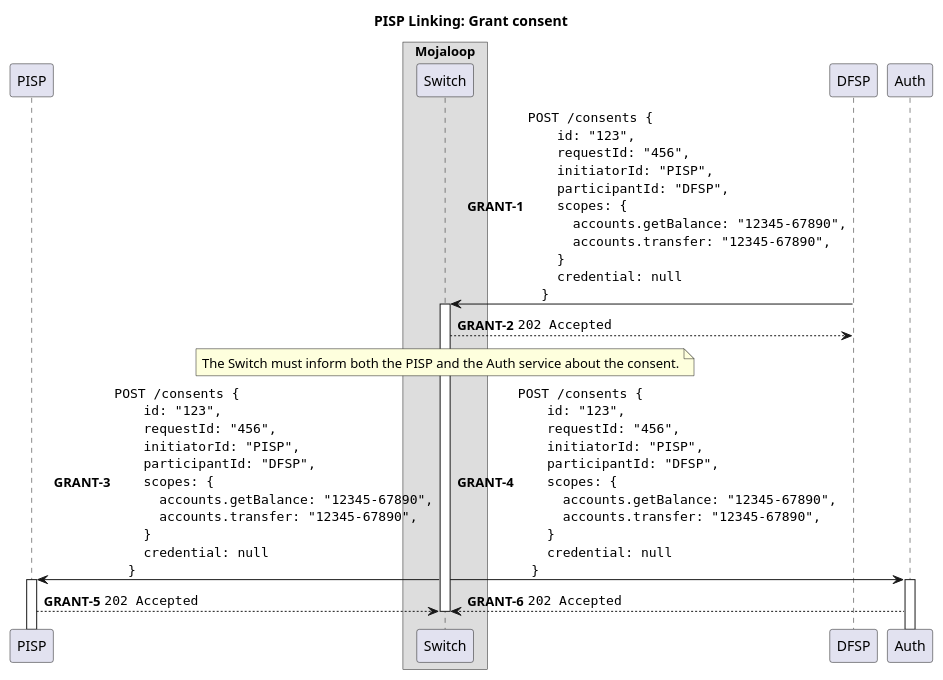
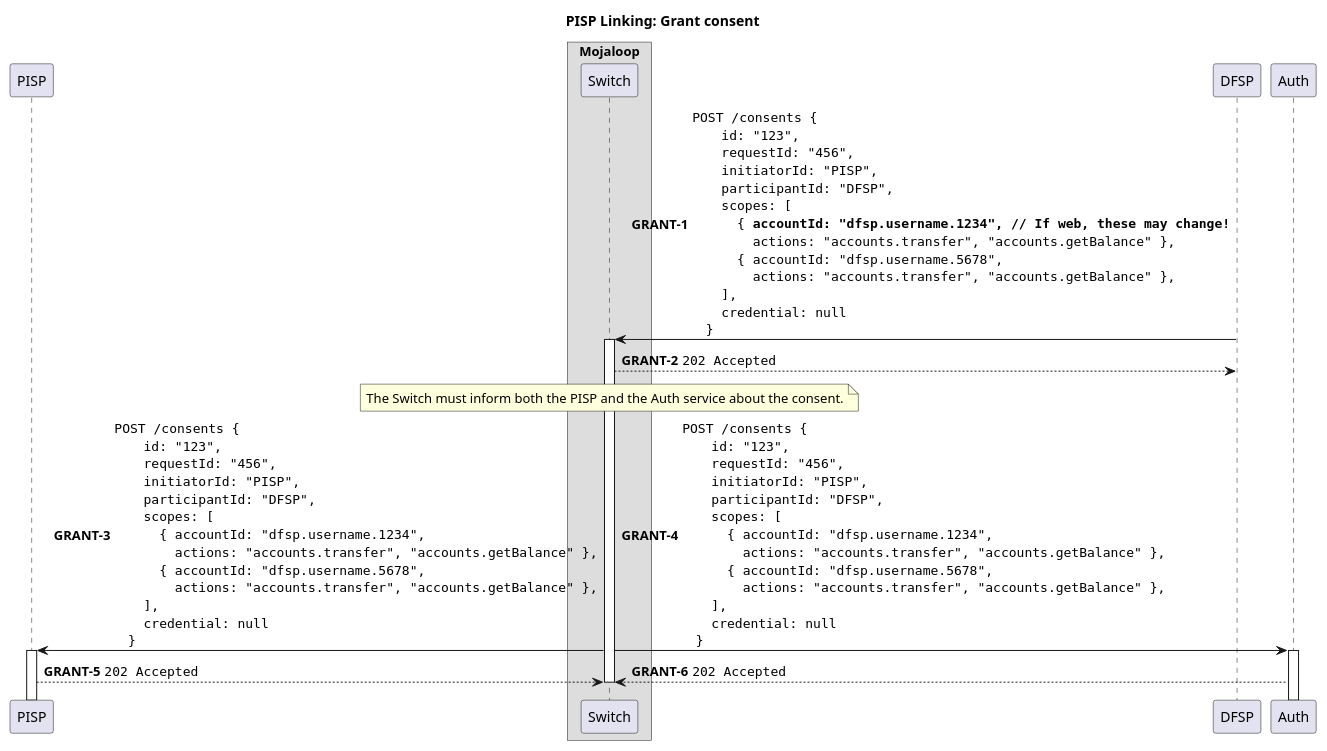
The diagram in docs/linking/4-grant-consent.puml (mojaloop/pisp-project), drawn with PlantUML before and after one commit. The commit also changed 6 other files, not shown here.

Commit message:
Updated sequence diagrams with proper scope structures.

```diff
--- a/docs/linking/4-grant-consent.puml
+++ b/docs/linking/4-grant-consent.puml
@@ -1,63 +1,69 @@
 @startuml
 
 !pragma teoz true
 
 title PISP Linking: Grant consent
 
 participant "PISP" as PISP
 
 box "Mojaloop"
     participant Switch
 end box
 
 participant "DFSP" as DFSP
 
 autonumber 1 "<b>GRANT-#</b>"
 
 DFSP -> Switch ++: ""POST /consents {""\n\
     ""  id: "123",""\n\
     ""  requestId: "456",""\n\
     ""  initiatorId: "PISP",""\n\
     ""  participantId: "DFSP",""\n\
-    ""  scopes: {""\n\
-    ""    accounts.getBalance: "12345-67890",""\n\
-    ""    accounts.transfer: "12345-67890",""\n\
-    ""  }""\n\
+    ""  scopes: [ ""\n\
+    ""    { **accountId: "dfsp.username.1234", // If web, these may change!**""\n\
+    ""      actions: "accounts.transfer", "accounts.getBalance" },""\n\
+    ""    { accountId: "dfsp.username.5678",""\n\
+    ""      actions: "accounts.transfer", "accounts.getBalance" },""\n\
+    ""  ],""\n\
     ""  credential: null""\n\
     ""}""
 Switch --> DFSP: ""202 Accepted""
 deactivate DFSP
 
 note over Switch
   The Switch must inform both the PISP and the Auth service about the consent.
 end note
 
 Switch -> PISP ++: ""POST /consents {""\n\
     ""  id: "123",""\n\
     ""  requestId: "456",""\n\
     ""  initiatorId: "PISP",""\n\
     ""  participantId: "DFSP",""\n\
-    ""  scopes: {""\n\
-    ""    accounts.getBalance: "12345-67890",""\n\
-    ""    accounts.transfer: "12345-67890",""\n\
-    ""  }""\n\
+    ""  scopes: [ ""\n\
+    ""    { accountId: "dfsp.username.1234",""\n\
+    ""      actions: "accounts.transfer", "accounts.getBalance" },""\n\
+    ""    { accountId: "dfsp.username.5678",""\n\
+    ""      actions: "accounts.transfer", "accounts.getBalance" },""\n\
+    ""  ],""\n\
     ""  credential: null""\n\
     ""}""
 & Switch -> Auth ++: ""POST /consents {""\n\
     ""  id: "123",""\n\
     ""  requestId: "456",""\n\
     ""  initiatorId: "PISP",""\n\
     ""  participantId: "DFSP",""\n\
-    ""  scopes: {""\n\
-    ""    accounts.getBalance: "12345-67890",""\n\
-    ""    accounts.transfer: "12345-67890",""\n\
-    ""  }""\n\
+    ""  scopes: [ ""\n\
+    ""    { accountId: "dfsp.username.1234",""\n\
+    ""      actions: "accounts.transfer", "accounts.getBalance" },""\n\
+    ""    { accountId: "dfsp.username.5678",""\n\
+    ""      actions: "accounts.transfer", "accounts.getBalance" },""\n\
+    ""  ],""\n\
     ""  credential: null""\n\
     ""}""
 
 PISP --> Switch: ""202 Accepted""
 & Auth --> Switch: ""202 Accepted""
 
 deactivate Switch
 
 @enduml
```
